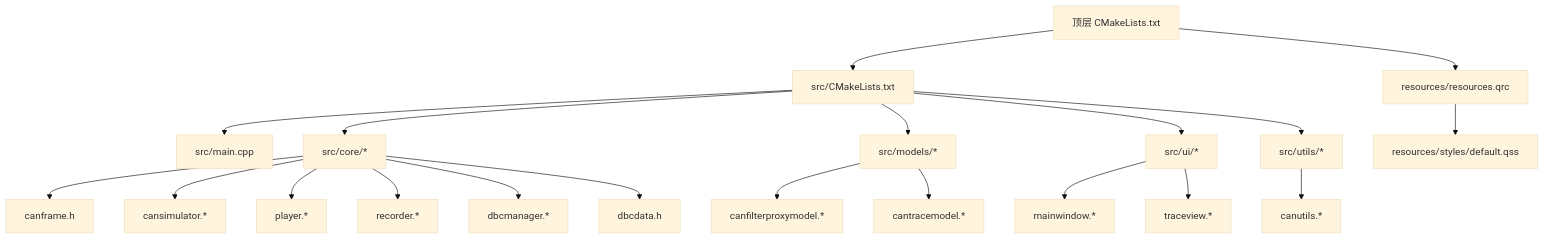
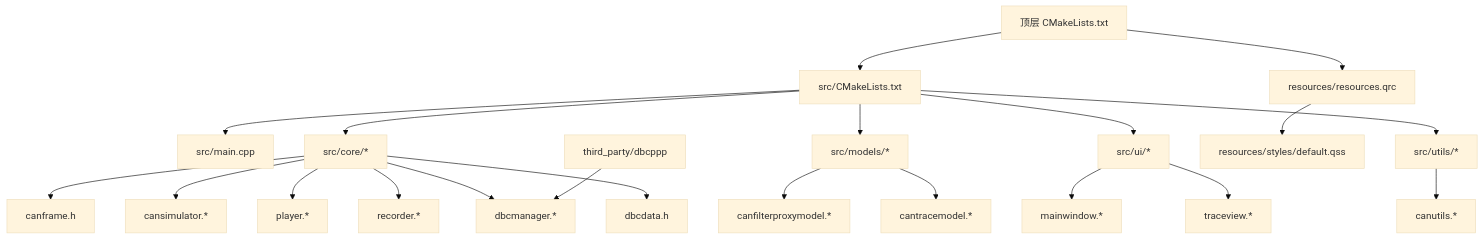
The first of 6 diagrams in .qoder/repowiki/zh/content/核心模块详解/核心模块详解.md (jakecai1225-design/OpenBus), drawn with Mermaid (base theme) before and after one commit. The commit also changed other lines of this file and 16 other files, not shown here.

````diff
--- a/.qoder/repowiki/zh/content/核心模块详解/核心模块详解.md
+++ b/.qoder/repowiki/zh/content/核心模块详解/核心模块详解.md
@@ -71,22 +72,23 @@
 ```mermaid
 graph TB
 A["顶层 CMakeLists.txt"] --> B["src/CMakeLists.txt"]
 B --> C["src/main.cpp"]
 B --> D["src/core/*"]
 B --> E["src/models/*"]
 B --> F["src/ui/*"]
 B --> G["src/utils/*"]
 A --> H["resources/resources.qrc"]
 H --> I["resources/styles/default.qss"]
 D --> J["canframe.h"]
 D --> K["cansimulator.*"]
 D --> L["player.*"]
 D --> M["recorder.*"]
 D --> N["dbcmanager.*"]
 D --> O["dbcdata.h"]
 E --> P["canfilterproxymodel.*"]
 E --> Q["cantracemodel.*"]
 F --> R["mainwindow.*"]
 F --> S["traceview.*"]
 G --> T["canutils.*"]
+U["third_party/dbcppp"] --> N
 ```
````
